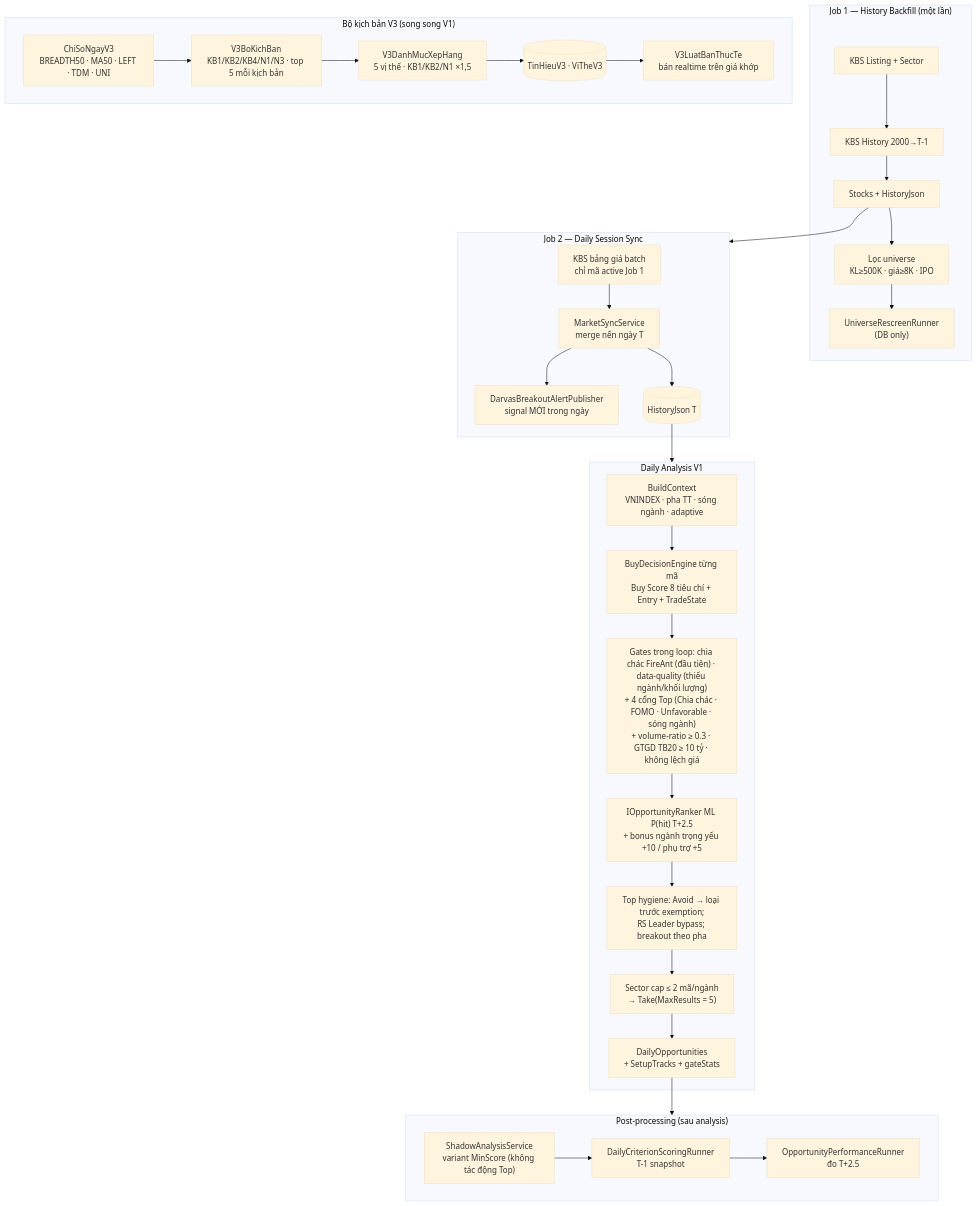
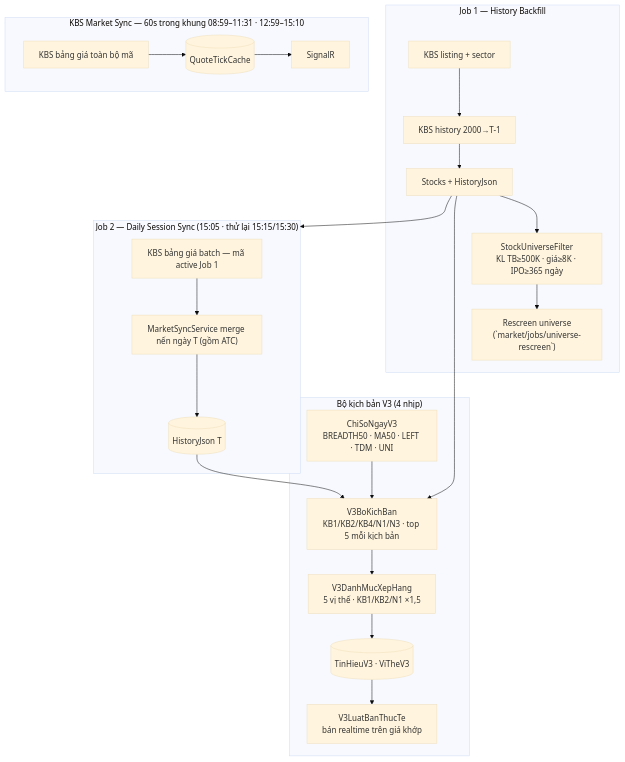
Before and after one commit to Benjamincntt/StockRadar: the third of 6 diagrams in docs/architecture.md, drawn with Mermaid (base theme). The commit also changed other lines of this file and 48 other files, not shown here.

````diff
--- a/docs/architecture.md
+++ b/docs/architecture.md
@@ -118,51 +97,34 @@
 ```mermaid
 flowchart TB
-    subgraph JOB1["Job 1 — History Backfill (một lần)"]
-        L1["KBS Listing + Sector"]
-        H1["KBS History 2000→T-1"]
-        U1["Lọc universe\nKL≥500K · giá≥8K · IPO"]
-        RS["UniverseRescreenRunner\n(DB only)"]
+    subgraph JOB1["Job 1 — History Backfill"]
+        L1["KBS listing + sector"]
+        H1["KBS history 2000→T-1"]
+        U1["StockUniverseFilter\nKL TB≥500K · giá≥8K · IPO≥365 ngày"]
+        RS["Rescreen universe\n(`market/jobs/universe-rescreen`)"]
         L1 --> H1 --> SJ["Stocks + HistoryJson"]
         SJ --> U1 --> RS
     end
 
-    subgraph JOB2["Job 2 — Daily Session Sync"]
-        B2["KBS bảng giá batch\nchỉ mã active Job 1"]
-        M2["MarketSyncService\nmerge nến ngày T"]
-        D2["DarvasBreakoutAlertPublisher\nsignal MỚI trong ngày"]
+    subgraph JOB2["Job 2 — Daily Session Sync (15:05 · thử lại 15:15/15:30)"]
+        B2["KBS bảng giá batch — mã active Job 1"]
+        M2["MarketSyncService merge nến ngày T (gồm ATC)"]
         B2 --> M2 --> DB2[("HistoryJson T")]
-        M2 --> D2
     end
 
-    subgraph ANALYSIS["Daily Analysis V1"]
-        CTX["BuildContext\nVNINDEX · pha TT · sóng ngành · adaptive"]
-        BD["BuyDecisionEngine từng mã\nBuy Score 8 tiêu chí + Entry + TradeState"]
-        GATES["Gates trong loop: chia chác FireAnt (đầu tiên) · data-quality (thiếu ngành/khối lượng)\n+ 4 cổng Top (Chia chác · FOMO · Unfavorable · sóng ngành)\n+ volume-ratio ≥ 0.3 · GTGD TB20 ≥ 10 tỷ · không lệch giá"]
-        RK["IOpportunityRanker ML P(hit) T+2.5\n+ bonus ngành trọng yếu +10 / phụ trợ +5"]
-        HYG["Top hygiene: Avoid → loại trước exemption;\nRS Leader bypass; breakout theo pha"]
-        CAP["Sector cap ≤ 2 mã/ngành\n→ Take(MaxResults = 5)"]
-        SAVE["DailyOpportunities\n+ SetupTracks + gateStats"]
-        CTX --> BD --> GATES --> RK --> HYG --> CAP --> SAVE
+    subgraph KSYNC["KBS Market Sync — 60s trong khung 08:59–11:31 · 12:59–15:10"]
+        KQ["KBS bảng giá toàn bộ mã"] --> QC[("QuoteTickCache")] --> HUB["SignalR"]
     end
 
-    subgraph V3["Bộ kịch bản V3 (song song V1)"]
+    subgraph V3["Bộ kịch bản V3 (4 nhịp)"]
         CS["ChiSoNgayV3\nBREADTH50 · MA50 · LEFT · TDM · UNI"]
         BK["V3BoKichBan\nKB1/KB2/KB4/N1/N3 · top 5 mỗi kịch bản"]
         DM["V3DanhMucXepHang\n5 vị thế · KB1/KB2/N1 ×1,5"]
         LB["V3LuatBanThucTe\nbán realtime trên giá khớp"]
         CV3[("TinHieuV3 · ViTheV3")]
-        CS --> BK --> DM --> CV3
-        CV3 --> LB
-    end
-
-    subgraph POST["Post-processing (sau analysis)"]
-        SH["ShadowAnalysisService\nvariant MinScore (không tác động Top)"]
-        CR["DailyCriterionScoringRunner\nT-1 snapshot"]
-        PF["OpportunityPerformanceRunner\nđo T+2.5"]
-        SH --> CR --> PF
+        CS --> BK --> DM --> CV3 --> LB
     end
 
     SJ --> JOB2
-    DB2 --> ANALYSIS
-    SAVE --> POST
+    DB2 --> BK
+    SJ --> BK
 ```
````
